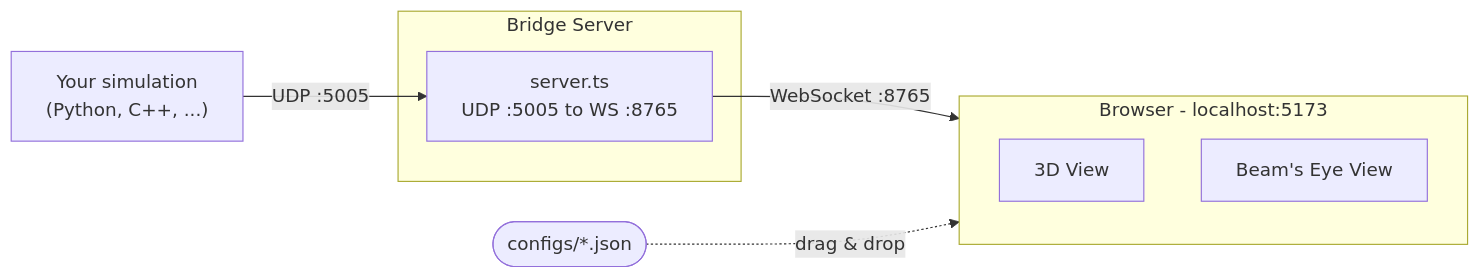
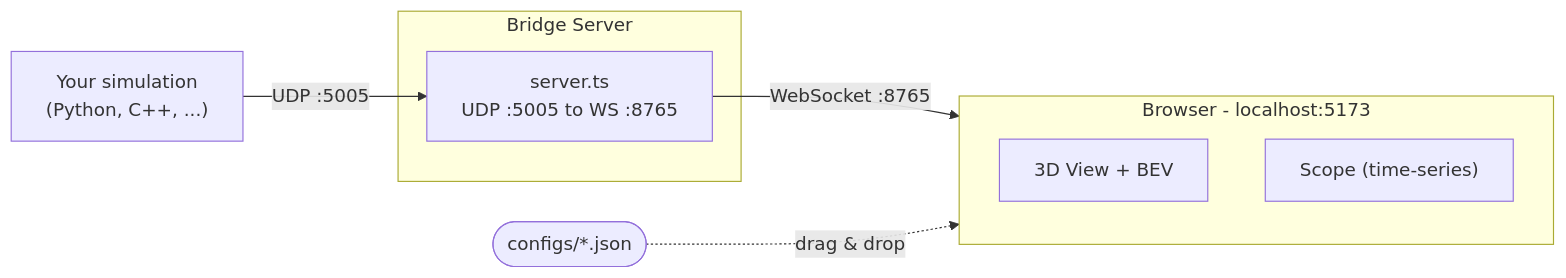
Before and after one commit to andipie/BeamScope: the diagram in README.md, drawn with Mermaid. The commit also changed other lines of this file and 5 other files, not shown here.

````diff
--- a/README.md
+++ b/README.md
@@ -44,19 +46,19 @@
 ```mermaid
 flowchart LR
     SIM["Your simulation<br/>(Python, C++, ...)"]
 
     subgraph BRIDGE ["Bridge Server"]
         B["server.ts<br/>UDP :5005 to WS :8765"]
     end
 
     subgraph BROWSER ["Browser - localhost:5173"]
-        V3D["3D View"]
-        BEV["Beam's Eye View"]
+        V3D["3D View + BEV"]
+        SCOPE["Scope (time-series)"]
     end
 
     CFG(["configs/*.json"])
 
     SIM -- "UDP :5005" --> B
     B -- "WebSocket :8765" --> BROWSER
     CFG -. "drag & drop" .-> BROWSER
 ```
````
